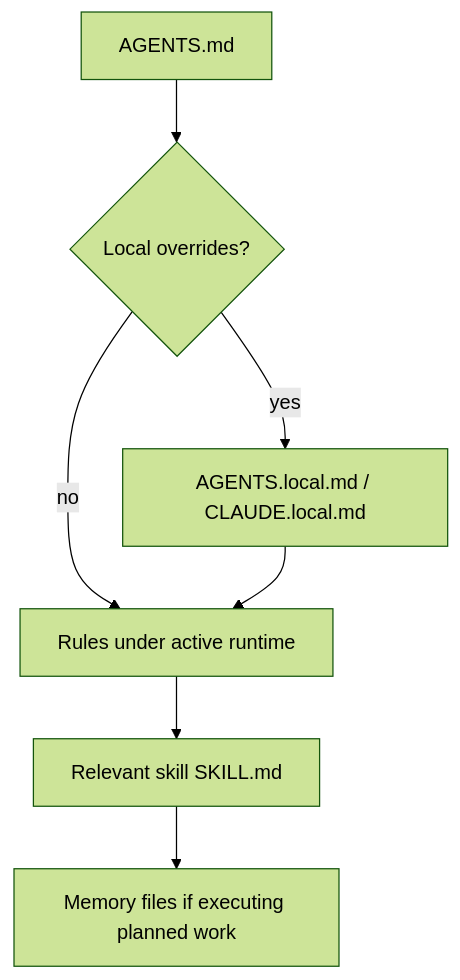
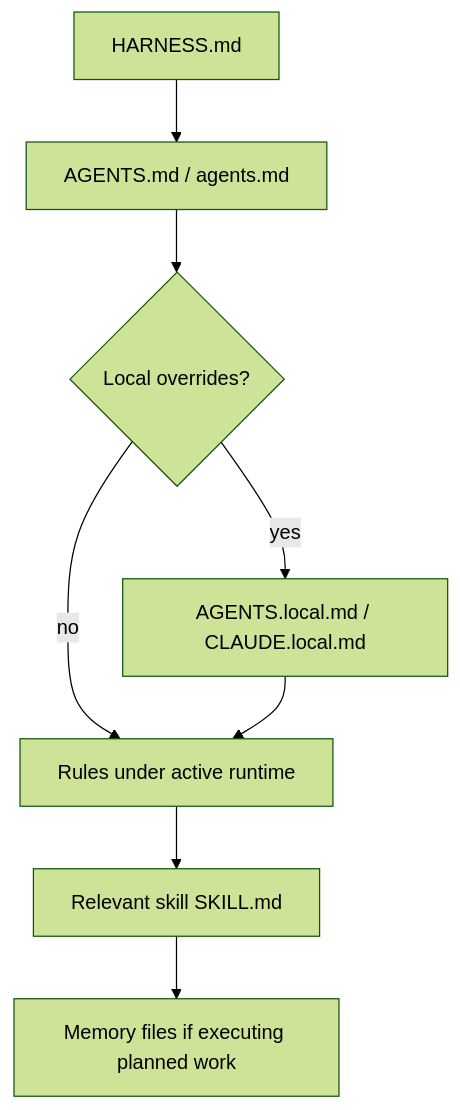
Before and after one commit to Supparerk23/agent-harness-blueprint: the first of 3 diagrams in docs/how-it-works.md, drawn with Mermaid (forest theme). The commit also changed other lines of this file and 41 other files, not shown here.

````diff
--- a/docs/how-it-works.md
+++ b/docs/how-it-works.md
@@ -7,9 +7,10 @@
 ```mermaid
 flowchart TD
-  A[AGENTS.md] --> B{Local overrides?}
+  H[HARNESS.md] --> A[AGENTS.md / agents.md]
+  A --> B{Local overrides?}
   B -->|yes| L[AGENTS.local.md / CLAUDE.local.md]
   B -->|no| R[Rules under active runtime]
   L --> R
   R --> S[Relevant skill SKILL.md]
   S --> M[Memory files if executing planned work]
 ```
````
